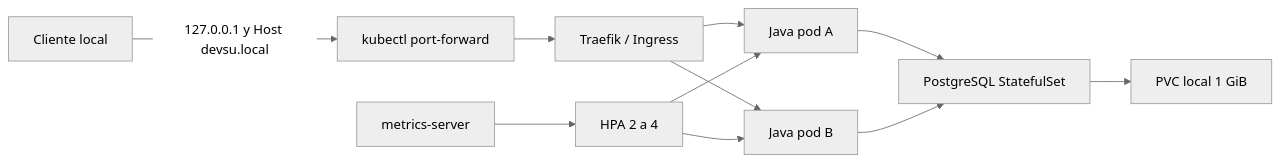
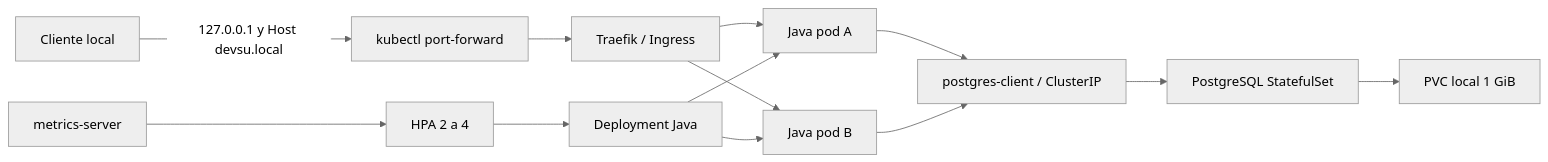
The diagram in docs/KUBERNETES.md (mpguevara/devsu-demo-devops-java-entrega), drawn with Mermaid (neutral theme) before and after one commit. The commit also changed other lines of this file and 175 other files, not shown here.

````diff
--- a/docs/KUBERNETES.md
+++ b/docs/KUBERNETES.md
@@ -20,13 +22,15 @@
 ```mermaid
 flowchart LR
   Client[Cliente local] -->|127.0.0.1 y Host devsu.local| PF[kubectl port-forward]
   PF --> Traefik[Traefik / Ingress]
   Traefik --> A[Java pod A]
   Traefik --> B[Java pod B]
-  A --> PG[PostgreSQL StatefulSet]
-  B --> PG
+  A --> DBService[postgres-client / ClusterIP]
+  B --> DBService
+  DBService --> PG[PostgreSQL StatefulSet]
   PG --> PVC[PVC local 1 GiB]
   Metrics[metrics-server] --> HPA[HPA 2 a 4]
-  HPA --> A
-  HPA --> B
+  HPA --> Deployment[Deployment Java]
+  Deployment --> A
+  Deployment --> B
 ```
````
